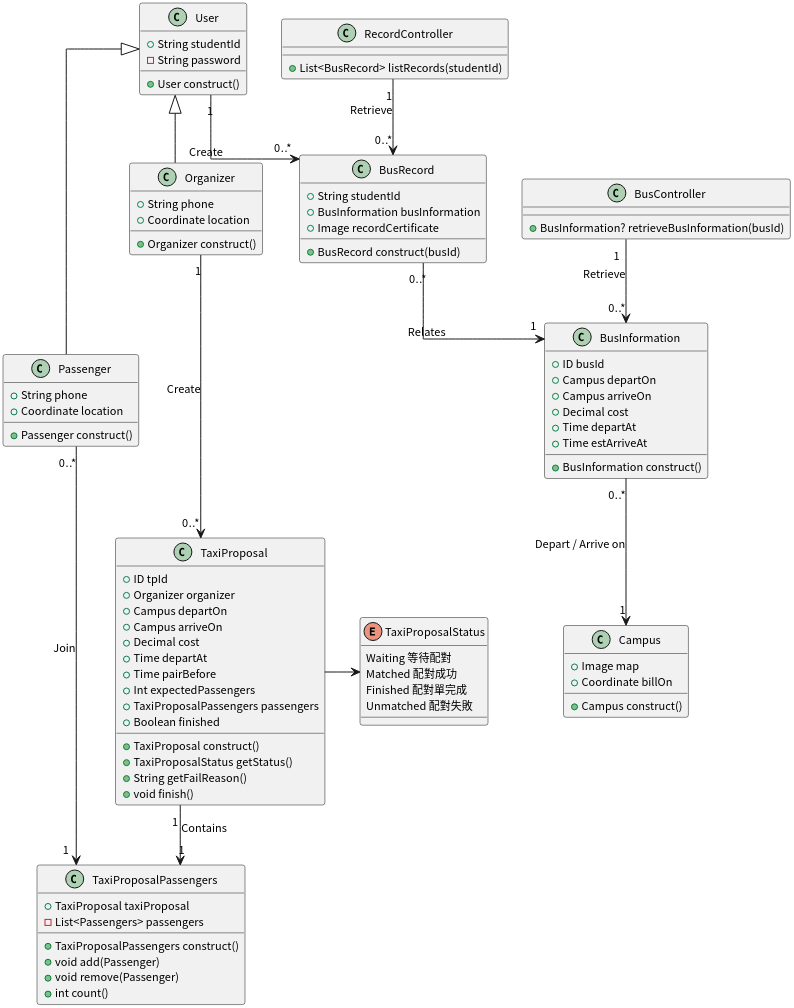
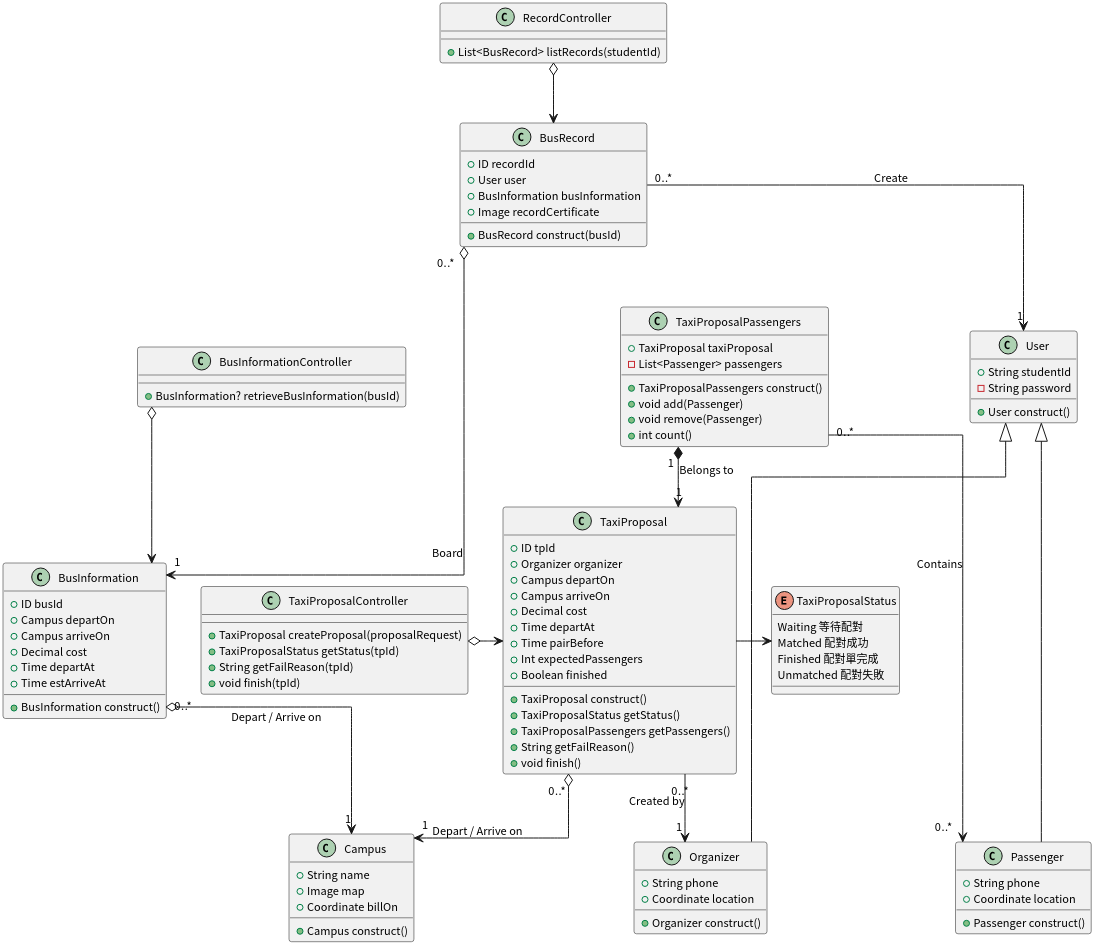
One commit to pan93412/nkust-homework changed the diagram in semester-4/system-analysis/class-diagram.plantuml. Above: the diagram before and after it, drawn with PlantUML. The commit also changed 1 other file, not shown here.

Commit message:
s4: system-analysis: update diagram

```diff
--- a/semester-4/system-analysis/class-diagram.plantuml
+++ b/semester-4/system-analysis/class-diagram.plantuml
@@ -1,104 +1,113 @@
 @startuml ClassDiagram
 
 skinparam linetype ortho
 skinparam dpi 300
 skinparam defaultFontSize 11
 skinparam defaultFontName "Noto Sans CJK TC"
 
 class User {
     +String studentId
     -String password
     +User construct()
 }
 
 class Passenger {
     +String phone
     +Coordinate location
     +Passenger construct()
 }
-User <|-- Passenger
+User <|--- Passenger
 
 class Organizer {
     +String phone
     +Coordinate location
     +Organizer construct()
 }
-User <|-- Organizer
+User <|--- Organizer
 
 class RecordController {
     +List<BusRecord> listRecords(studentId)
 }
-RecordController "1" --> "0..*" BusRecord: Retrieve
+RecordController o--> BusRecord
 
 class BusRecord {
-    +String studentId
+    +ID recordId
+    +User user
     +BusInformation busInformation
     +Image recordCertificate
     +BusRecord construct(busId)
 }
-User "1" --> "0..*" BusRecord: Create
+BusRecord "0..*" --> "1" User: Create
+BusRecord "0..*" o-> "1" BusInformation: Board
 
-class BusController {
+class BusInformationController {
     +BusInformation? retrieveBusInformation(busId)
 }
-BusController "1" --> "0..*" BusInformation: Retrieve
+BusInformationController o--> BusInformation
 
 class BusInformation {
     +ID busId
     +Campus departOn
     +Campus arriveOn
     +Decimal cost
     +Time departAt
     +Time estArriveAt
     +BusInformation construct()
 }
-BusRecord "0..*" --> "1" BusInformation: Relates
+BusInformation "0..*" o--> "1" Campus: Depart / Arrive on
 
 class Campus {
+    +String name
     +Image map
     +Coordinate billOn
     +Campus construct()
 }
-BusInformation "0..*" --> "1" Campus: Depart / Arrive on
 
 class TaxiProposalPassengers {
     +TaxiProposal taxiProposal
-    -List<Passengers> passengers
+    -List<Passenger> passengers
     +TaxiProposalPassengers construct()
     +void add(Passenger)
     +void remove(Passenger)
     +int count()
 }
-TaxiProposal "1" --> "1" TaxiProposalPassengers: Contains
+TaxiProposalPassengers "0..*" -> "0..*" Passenger: Contains
+TaxiProposalPassengers "1" *--> "1" TaxiProposal: Belongs to
+
+class TaxiProposalController {
+    +TaxiProposal createProposal(proposalRequest)
+    +TaxiProposalStatus getStatus(tpId)
+    +String getFailReason(tpId)
+    +void finish(tpId)
+}
+TaxiProposalController o-> TaxiProposal
 
 class TaxiProposal {
     +ID tpId
     +Organizer organizer
     +Campus departOn
     +Campus arriveOn
     +Decimal cost
     +Time departAt
     +Time pairBefore
     +Int expectedPassengers
-    +TaxiProposalPassengers passengers
     +Boolean finished
 
     +TaxiProposal construct()
     +TaxiProposalStatus getStatus()
+    +TaxiProposalPassengers getPassengers()
     +String getFailReason()
     +void finish()
 }
-
+TaxiProposal "0..*" o--> "1" Campus: Depart / Arrive on
+TaxiProposal "0..*" --> "1" Organizer: Created by
 TaxiProposal -> TaxiProposalStatus
 
 enum TaxiProposalStatus {
     Waiting 等待配對
     Matched 配對成功
     Finished 配對單完成
     Unmatched 配對失敗
 }
 
-Organizer "1" ---> "0..*" TaxiProposal: Create
-Passenger "0..*" ---> "1" TaxiProposalPassengers: Join
-
 @enduml
```
